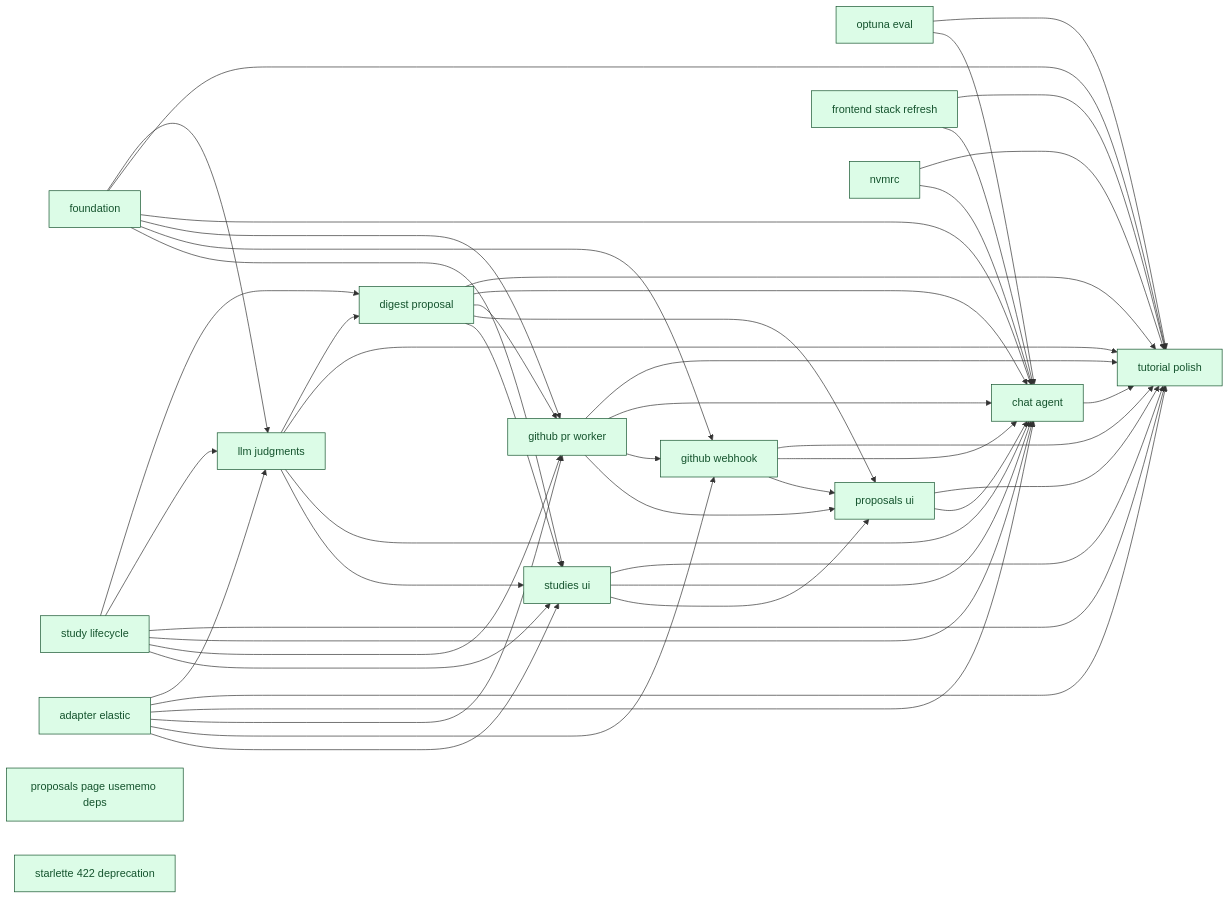
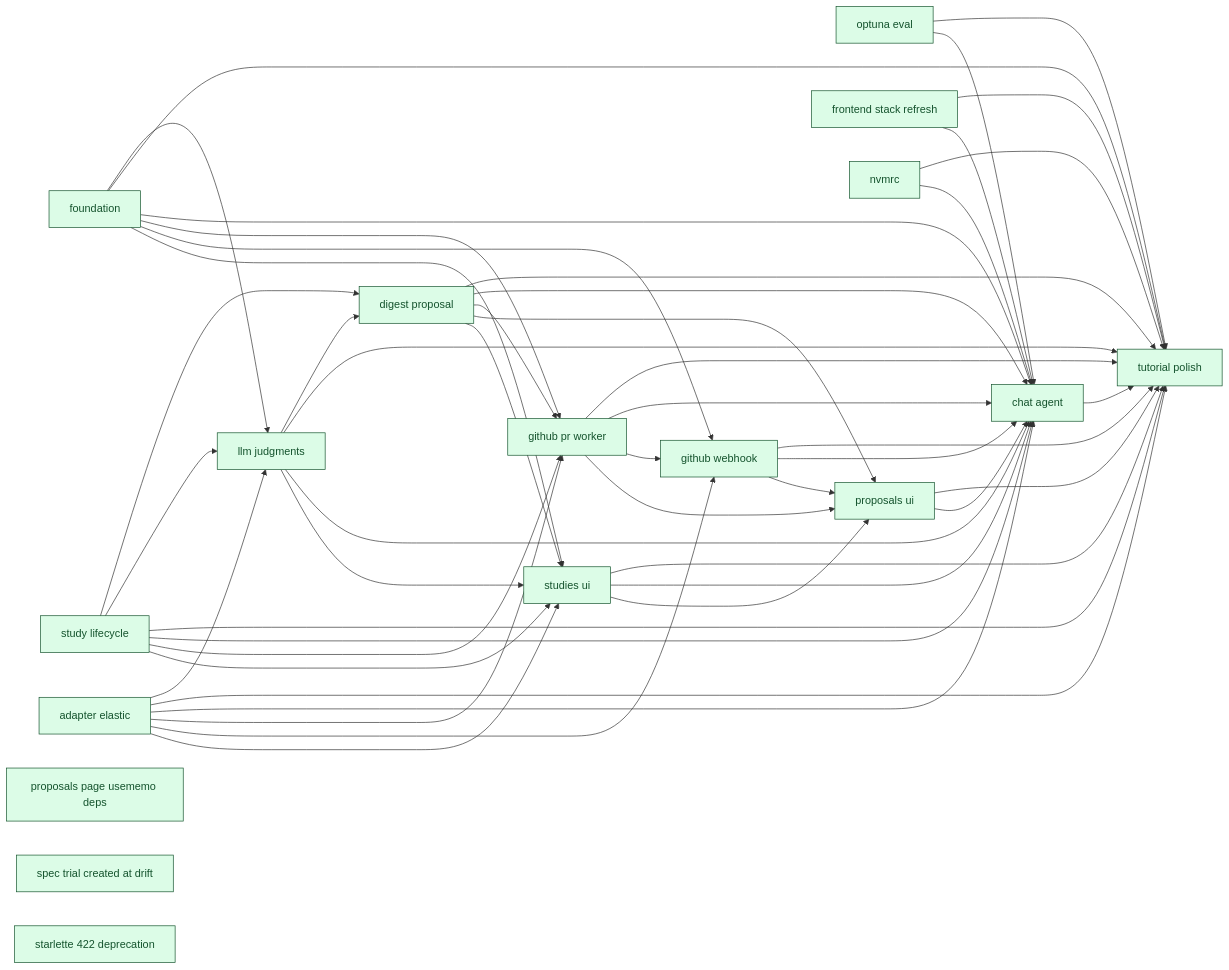
Before and after one commit to SoundMindsAI/relyloop: the diagram in docs/00_overview/MVP1_DASHBOARD.md, drawn with Mermaid. The commit also changed other lines of this file and 9 other files, not shown here.

First line of the commit message:
chore: rename trial sort key created_at_* → ended_at_* (spec drift) (#78)

```diff
--- a/docs/00_overview/MVP1_DASHBOARD.md
+++ b/docs/00_overview/MVP1_DASHBOARD.md
@@ -123,6 +123,8 @@
   class infra_frontend_stack_refresh done;
   chore_proposals_page_usememo_deps["proposals page usememo deps"]
   class chore_proposals_page_usememo_deps done;
+  chore_spec_trial_created_at_drift["spec trial created at drift"]
+  class chore_spec_trial_created_at_drift done;
   chore_starlette_422_deprecation["starlette 422 deprecation"]
   class chore_starlette_422_deprecation done;
   infra_nvmrc["nvmrc"]
```
